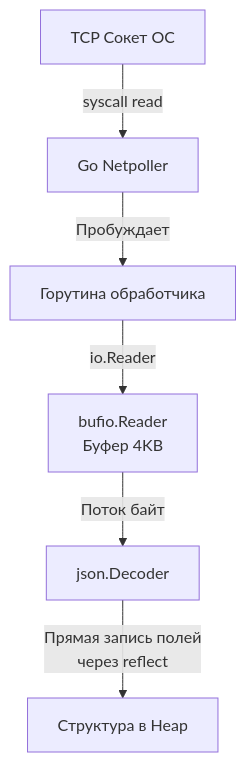
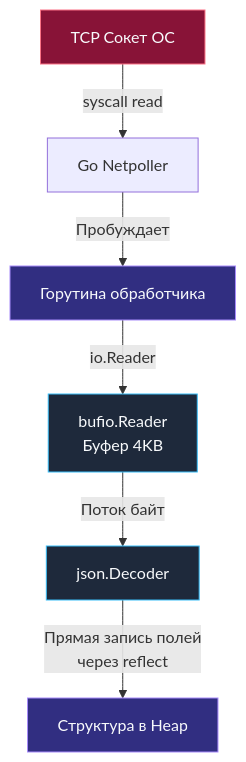
Before and after one commit to UnrealTemplier/go-textbook: the diagram in sources/10. Проектирование API и Сетевые протоколы/3. REST. Основные принципы.md, drawn with Mermaid. The commit also changed 1666 other files, not shown here.

First line of the commit message:
feat(mermaid): add semantic color classDef to 1369 colorless flowchart/graph diagrams

````diff
--- a/sources/10. Проектирование API и Сетевые протоколы/3. REST. Основные принципы.md
+++ b/sources/10. Проектирование API и Сетевые протоколы/3. REST. Основные принципы.md
@@ -92,8 +92,18 @@
 ```mermaid
 flowchart TD
-    TCP["TCP Сокет ОС"]-->|"syscall read"|Netpoller["Go Netpoller"]
-    Netpoller-->|"Пробуждает"|Goroutine["Горутина обработчика"]
-    Goroutine-->|"io.Reader"|Bufio["bufio.Reader<br>Буфер 4KB"]
-    Bufio-->|"Поток байт"|JSON["json.Decoder"]
-    JSON-->|"Прямая запись полей<br>через reflect"|Struct["Структура в Heap"]
+    classDef process  fill:#1e293b,stroke:#38bdf8,stroke-width:1px,color:#f8fafc
+    classDef success  fill:#064e3b,stroke:#34d399,stroke-width:1px,color:#f8fafc
+    classDef error    fill:#7f1d1d,stroke:#f87171,stroke-width:1px,color:#f8fafc
+    classDef warning  fill:#78350f,stroke:#fbbf24,stroke-width:1px,color:#f8fafc
+    classDef entry    fill:#1e3a5f,stroke:#38bdf8,stroke-width:2px,color:#f8fafc
+    classDef aux      fill:#334155,stroke:#64748b,stroke-width:1px,color:#f8fafc
+    classDef system   fill:#312e81,stroke:#a78bfa,stroke-width:1px,color:#f8fafc
+    classDef data     fill:#132d29,stroke:#2dd4bf,stroke-width:1px,color:#f8fafc
+    classDef network  fill:#881337,stroke:#fb7185,stroke-width:1px,color:#f8fafc
+    classDef accent   fill:#1e1b4b,stroke:#818cf8,stroke-width:1px,color:#f8fafc
+    TCP["TCP Сокет ОС"]:::network-->|"syscall read"|Netpoller["Go Netpoller"]
+    Netpoller-->|"Пробуждает"|Goroutine["Горутина обработчика"]:::system
+    Goroutine-->|"io.Reader"|Bufio["bufio.Reader<br>Буфер 4KB"]:::process
+    Bufio-->|"Поток байт"|JSON["json.Decoder"]:::process
+    JSON-->|"Прямая запись полей<br>через reflect"|Struct["Структура в Heap"]:::system
 ```
````
